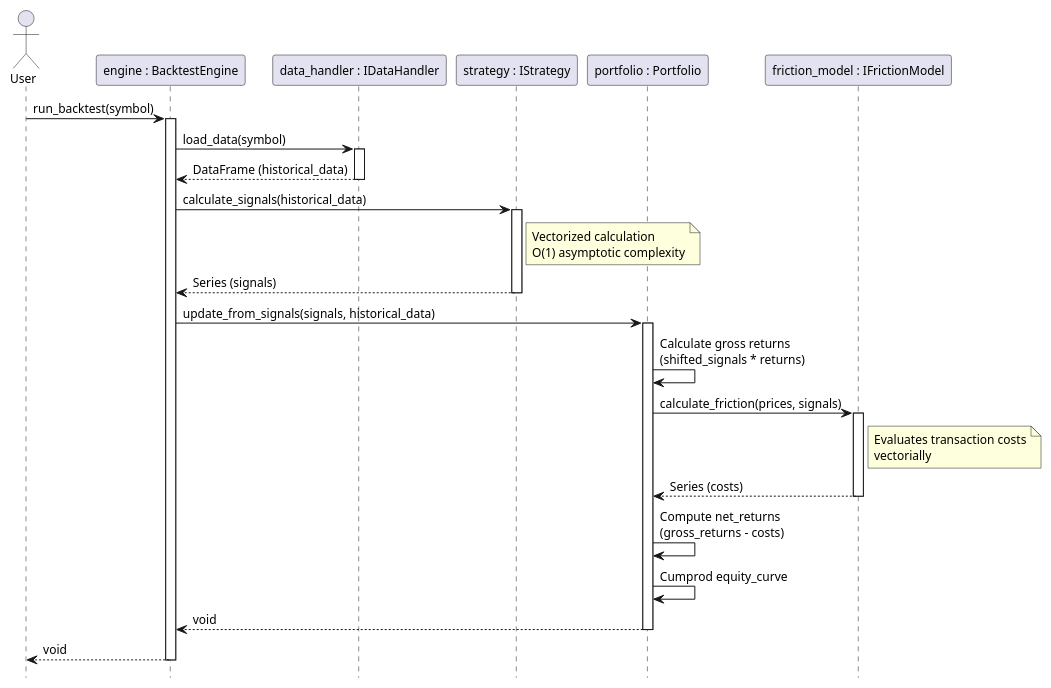
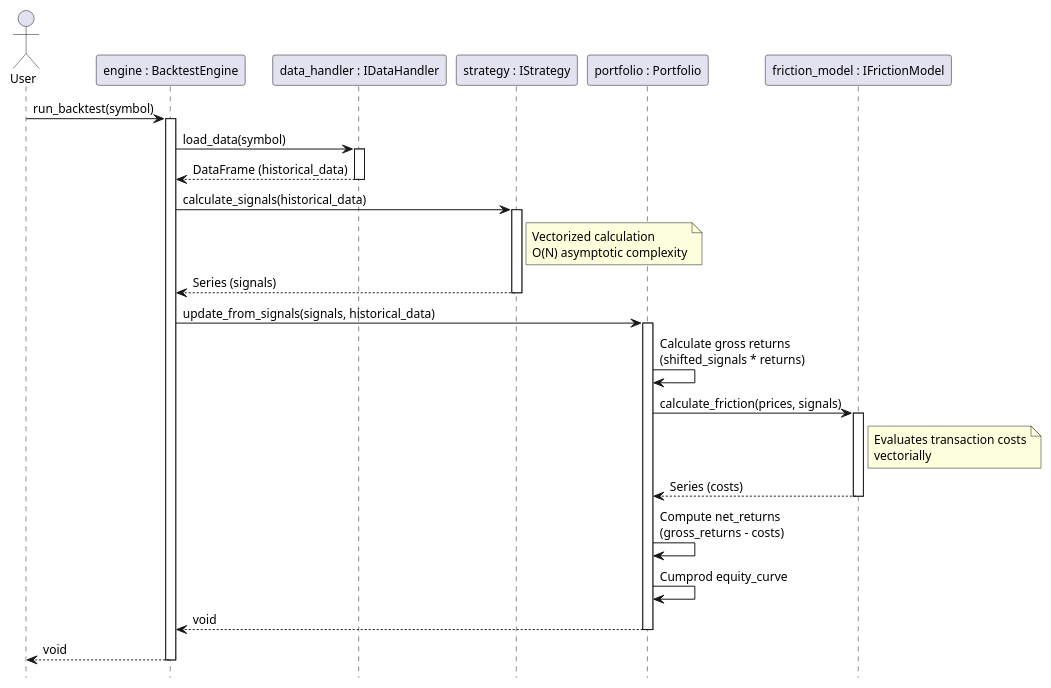
One commit to antoniomachuca/Algorithmic-Trading-Backtester changed the diagram in docs/architecture/sequence_diagram.puml. Above: the diagram before and after it, drawn with PlantUML. The commit also changed 27 other files, not shown here.

```diff
--- a/docs/architecture/sequence_diagram.puml
+++ b/docs/architecture/sequence_diagram.puml
@@ -1,47 +1,47 @@
 @startuml
 skinparam DefaultFontName Arial
 skinparam DefaultFontSize 12
 skinparam BackgroundColor transparent
 hide footbox
 
 
 actor User
 participant "engine : BacktestEngine" as Engine
 participant "data_handler : IDataHandler" as DataHandler
 participant "strategy : IStrategy" as Strategy
 participant "portfolio : Portfolio" as Portfolio
 participant "friction_model : IFrictionModel" as Friction
 
 User -> Engine : run_backtest(symbol)
 activate Engine
 
 Engine -> DataHandler : load_data(symbol)
 activate DataHandler
 DataHandler --> Engine : DataFrame (historical_data)
 deactivate DataHandler
 
 Engine -> Strategy : calculate_signals(historical_data)
 activate Strategy
-note right of Strategy: Vectorized calculation\nO(1) asymptotic complexity
+note right of Strategy: Vectorized calculation\nO(N) asymptotic complexity
 Strategy --> Engine : Series (signals)
 deactivate Strategy
 
 Engine -> Portfolio : update_from_signals(signals, historical_data)
 activate Portfolio
 
 Portfolio -> Portfolio : Calculate gross returns\n(shifted_signals * returns)
 Portfolio -> Friction : calculate_friction(prices, signals)
 activate Friction
 note right of Friction: Evaluates transaction costs\nvectorially
 Friction --> Portfolio : Series (costs)
 deactivate Friction
 
 Portfolio -> Portfolio : Compute net_returns\n(gross_returns - costs)
 Portfolio -> Portfolio : Cumprod equity_curve
 Portfolio --> Engine : void
 deactivate Portfolio
 
 Engine --> User : void
 deactivate Engine
 
 @enduml
```
